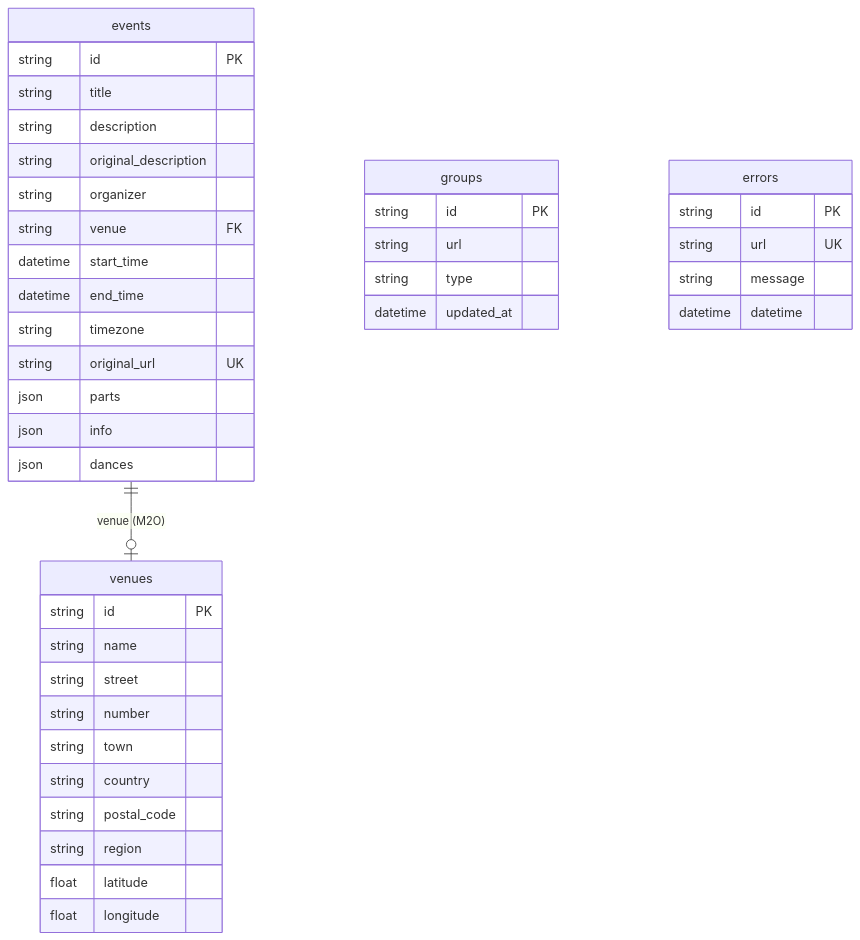
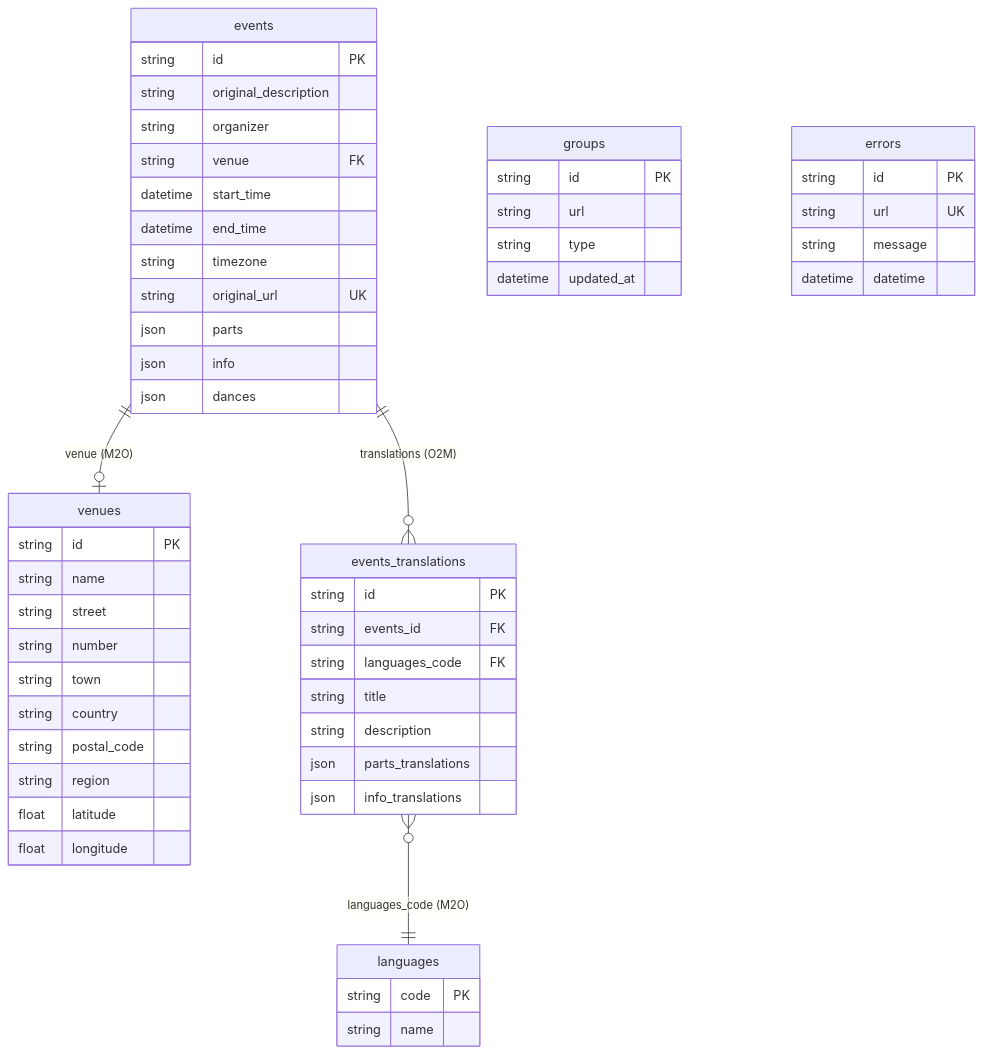
The fourth of 4 diagrams in .kiro/specs/event-workflow-restate/design.md (mjablecnik/Dancee-2.0), drawn with Mermaid before and after one commit. The commit also changed other lines of this file and 1 other file, not shown here.

````diff
--- a/.kiro/specs/event-workflow-restate/design.md
+++ b/.kiro/specs/event-workflow-restate/design.md
@@ -403,43 +475,56 @@
 ```mermaid
 erDiagram
     events ||--o| venues : "venue (M2O)"
+    events ||--o{ events_translations : "translations (O2M)"
+    events_translations }o--|| languages : "languages_code (M2O)"
     events {
         string id PK
-        string title
-        string description
         string original_description
         string organizer
         string venue FK
         datetime start_time
         datetime end_time
         string timezone
         string original_url UK
         json parts
         json info
         json dances
+    }
+    events_translations {
+        string id PK
+        string events_id FK
+        string languages_code FK
+        string title
+        string description
+        json parts_translations
+        json info_translations
+    }
+    languages {
+        string code PK
+        string name
     }
     venues {
         string id PK
         string name
         string street
         string number
         string town
         string country
         string postal_code
         string region
         float latitude
         float longitude
     }
     groups {
         string id PK
         string url
         string type
         datetime updated_at
     }
     errors {
         string id PK
         string url UK
         string message
         datetime datetime
     }
 ```
````
